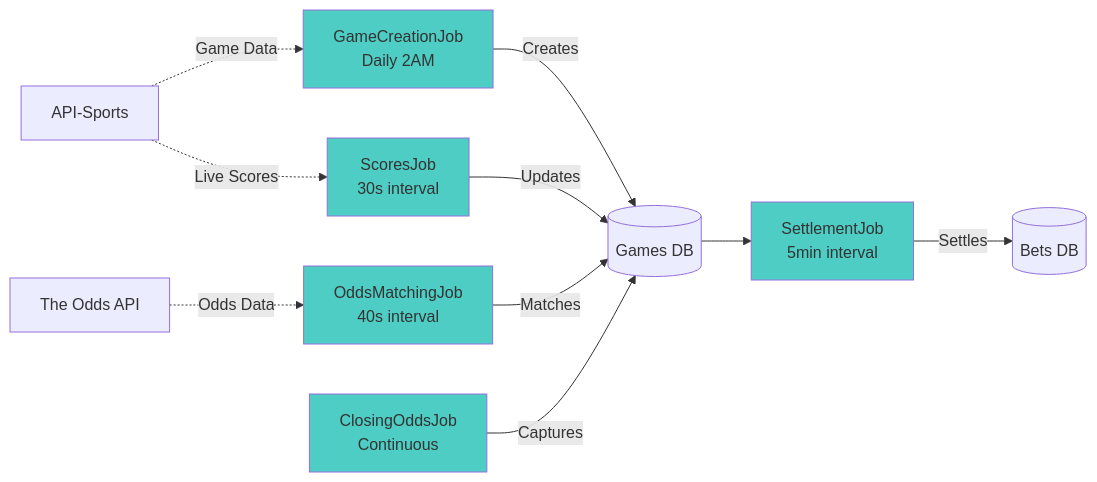
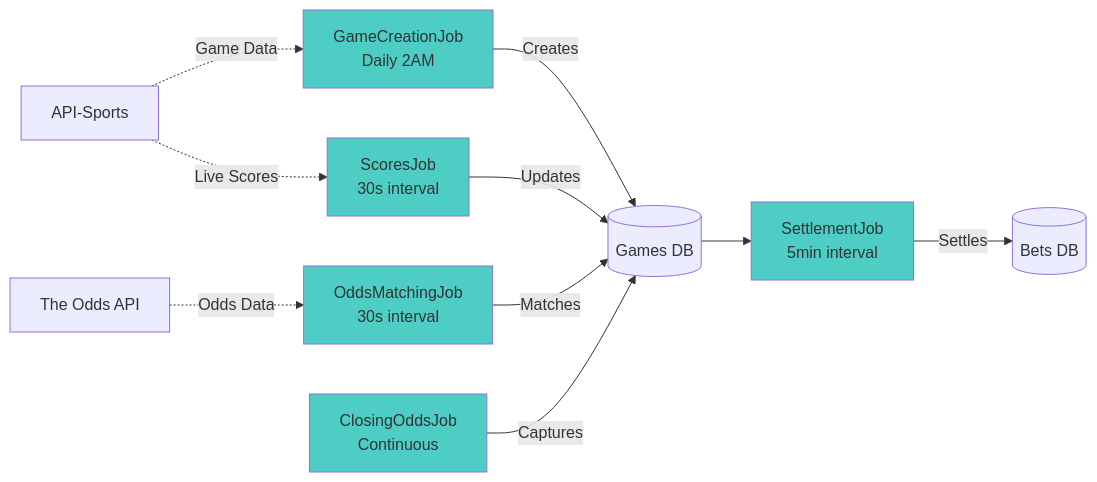
Before and after one commit to mwoodwilson/whoknowsball-backend: the third of 3 diagrams in README.md, drawn with Mermaid. The commit also changed other lines of this file and 5 other files, not shown here.

````diff
--- a/README.md
+++ b/README.md
@@ -294,20 +294,20 @@
 ```mermaid
 graph LR
     A[GameCreationJob<br/>Daily 2AM] -->|Creates| B[(Games DB)]
-    C[OddsMatchingJob<br/>40s interval] -->|Matches| B
+    C[OddsMatchingJob<br/>30s interval] -->|Matches| B
     D[ScoresJob<br/>30s interval] -->|Updates| B
     E[SettlementJob<br/>5min interval] -->|Settles| F[(Bets DB)]
     G[ClosingOddsJob<br/>Continuous] -->|Captures| B
 
     H[API-Sports] -.->|Game Data| A
     I[The Odds API] -.->|Odds Data| C
     H -.->|Live Scores| D
 
     B --> E
 
     style A fill:#4ecdc4
     style C fill:#4ecdc4
     style D fill:#4ecdc4
     style E fill:#4ecdc4
     style G fill:#4ecdc4
 ```
````
